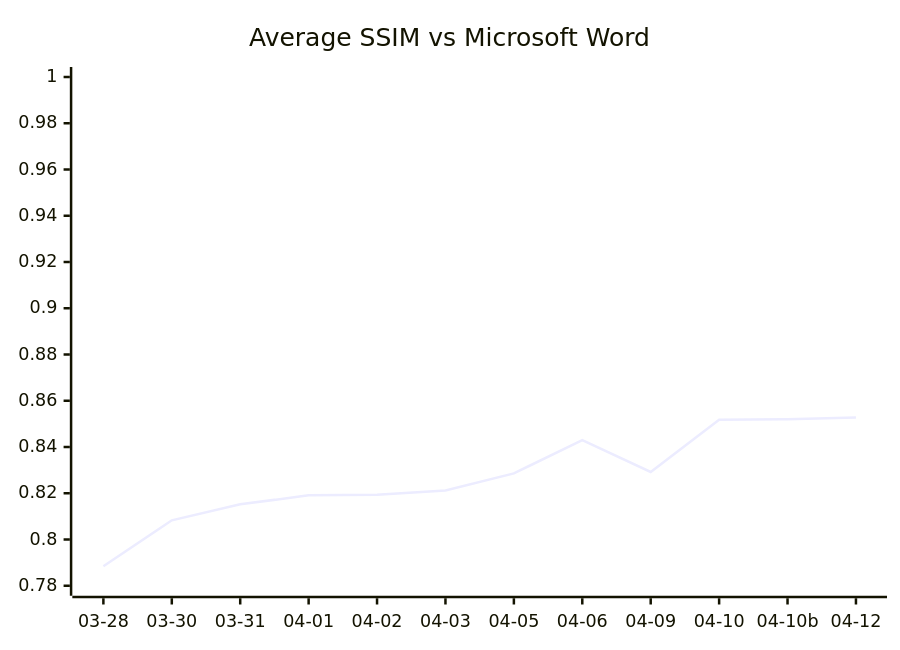
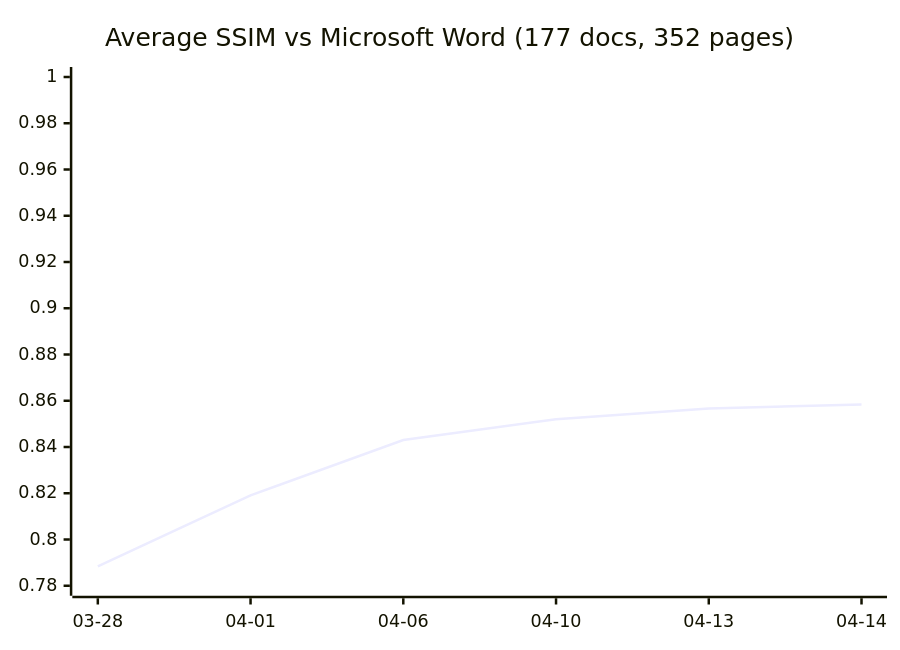
The diagram in README.md (Ryujiyasu/oxi), drawn with Mermaid before and after one commit. The commit also changed other lines of this file and 1 other file, not shown here.

Commit message:
docs: update README SSIM to 0.8584, move detailed progress to docs/

````diff
--- a/README.md
+++ b/README.md
@@ -212,7 +195,7 @@
 ```mermaid
 xychart-beta
-  title "Average SSIM vs Microsoft Word"
-  x-axis ["03-28", "03-30", "03-31", "04-01", "04-02", "04-03", "04-05", "04-06", "04-09", "04-10", "04-10b", "04-12"]
+  title "Average SSIM vs Microsoft Word (177 docs, 352 pages)"
+  x-axis ["03-28", "04-01", "04-06", "04-10", "04-13", "04-14"]
   y-axis 0.78 --> 1.0
-  line [0.7884, 0.8083, 0.8152, 0.8191, 0.8194, 0.8212, 0.8286, 0.8430, 0.8292, 0.8518, 0.8520, 0.8528]
+  line [0.7884, 0.8191, 0.8430, 0.8520, 0.8567, 0.8584]
 ```
````
